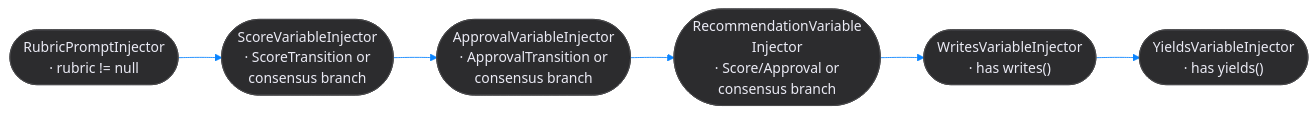
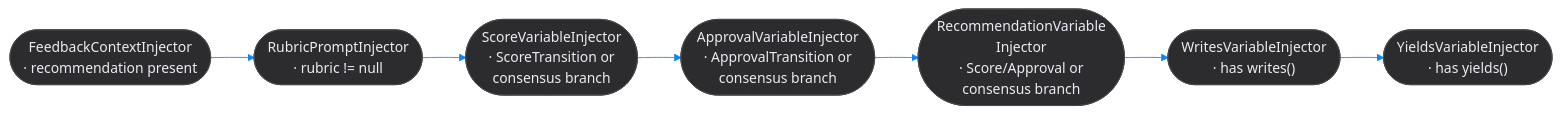
The second of 3 diagrams in docs/developer-guide-core.md (hensu-project/hensu), drawn with Mermaid before and after one commit. The commit also changed other lines of this file and 93 other files, not shown here.

First line of the commit message:
feat(transition): bounded revise transitions with auto feedback injection (#87)

````diff
--- a/docs/developer-guide-core.md
+++ b/docs/developer-guide-core.md
@@ -864,17 +873,19 @@
 ```mermaid
 flowchart LR
-    r(["RubricPromptInjector\n· rubric != null"]) --> s(["ScoreVariableInjector\n· ScoreTransition or\nconsensus branch"])
+    fc(["FeedbackContextInjector\n· recommendation present"]) --> r(["RubricPromptInjector\n· rubric != null"])
+    r --> s(["ScoreVariableInjector\n· ScoreTransition or\nconsensus branch"])
     s --> a(["ApprovalVariableInjector\n· ApprovalTransition or\nconsensus branch"])
     a --> rec(["RecommendationVariable\nInjector\n· Score/Approval or\nconsensus branch"])
     rec --> w(["WritesVariableInjector\n· has writes()"])
     w --> y(["YieldsVariableInjector\n· has yields()"])
 
+    style fc fill:#2c2c2e, stroke:#48484a, color:#ebebf5, stroke-width:1px
     style r fill:#2c2c2e, stroke:#48484a, color:#ebebf5, stroke-width:1px
     style s fill:#2c2c2e, stroke:#48484a, color:#ebebf5, stroke-width:1px
     style a fill:#2c2c2e, stroke:#48484a, color:#ebebf5, stroke-width:1px
     style rec fill:#2c2c2e, stroke:#48484a, color:#ebebf5, stroke-width:1px
     style w fill:#2c2c2e, stroke:#48484a, color:#ebebf5, stroke-width:1px
     style y fill:#2c2c2e, stroke:#48484a, color:#ebebf5, stroke-width:1px
 
     linkStyle default stroke:#0A84FF, stroke-width:1px
 ```
````
